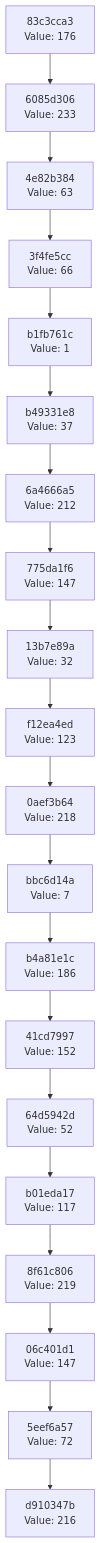
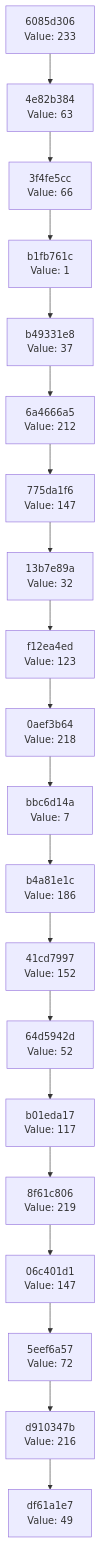
The diagram in docs/CHAIN_VISUALIZATION.md (Abhisheksinha1506/hash-chain-evolver), drawn with Mermaid before and after one commit. The commit also changed 3 other files, not shown here.

````diff
--- a/docs/CHAIN_VISUALIZATION.md
+++ b/docs/CHAIN_VISUALIZATION.md
@@ -3,42 +3,42 @@
 ```mermaid
 graph TD
-    C0["d910347b<br/>Value: 216"]
-    C1["5eef6a57<br/>Value: 72"]
+    C0["df61a1e7<br/>Value: 49"]
+    C1["d910347b<br/>Value: 216"]
     C1 --> C0
-    C2["06c401d1<br/>Value: 147"]
+    C2["5eef6a57<br/>Value: 72"]
     C2 --> C1
-    C3["8f61c806<br/>Value: 219"]
+    C3["06c401d1<br/>Value: 147"]
     C3 --> C2
-    C4["b01eda17<br/>Value: 117"]
+    C4["8f61c806<br/>Value: 219"]
     C4 --> C3
-    C5["64d5942d<br/>Value: 52"]
+    C5["b01eda17<br/>Value: 117"]
     C5 --> C4
-    C6["41cd7997<br/>Value: 152"]
+    C6["64d5942d<br/>Value: 52"]
     C6 --> C5
-    C7["b4a81e1c<br/>Value: 186"]
+    C7["41cd7997<br/>Value: 152"]
     C7 --> C6
-    C8["bbc6d14a<br/>Value: 7"]
+    C8["b4a81e1c<br/>Value: 186"]
     C8 --> C7
-    C9["0aef3b64<br/>Value: 218"]
+    C9["bbc6d14a<br/>Value: 7"]
     C9 --> C8
-    C10["f12ea4ed<br/>Value: 123"]
+    C10["0aef3b64<br/>Value: 218"]
     C10 --> C9
-    C11["13b7e89a<br/>Value: 32"]
+    C11["f12ea4ed<br/>Value: 123"]
     C11 --> C10
-    C12["775da1f6<br/>Value: 147"]
+    C12["13b7e89a<br/>Value: 32"]
     C12 --> C11
-    C13["6a4666a5<br/>Value: 212"]
+    C13["775da1f6<br/>Value: 147"]
     C13 --> C12
-    C14["b49331e8<br/>Value: 37"]
+    C14["6a4666a5<br/>Value: 212"]
     C14 --> C13
-    C15["b1fb761c<br/>Value: 1"]
+    C15["b49331e8<br/>Value: 37"]
     C15 --> C14
-    C16["3f4fe5cc<br/>Value: 66"]
+    C16["b1fb761c<br/>Value: 1"]
     C16 --> C15
-    C17["4e82b384<br/>Value: 63"]
+    C17["3f4fe5cc<br/>Value: 66"]
     C17 --> C16
-    C18["6085d306<br/>Value: 233"]
+    C18["4e82b384<br/>Value: 63"]
     C18 --> C17
-    C19["83c3cca3<br/>Value: 176"]
+    C19["6085d306<br/>Value: 233"]
     C19 --> C18
 ```
````
